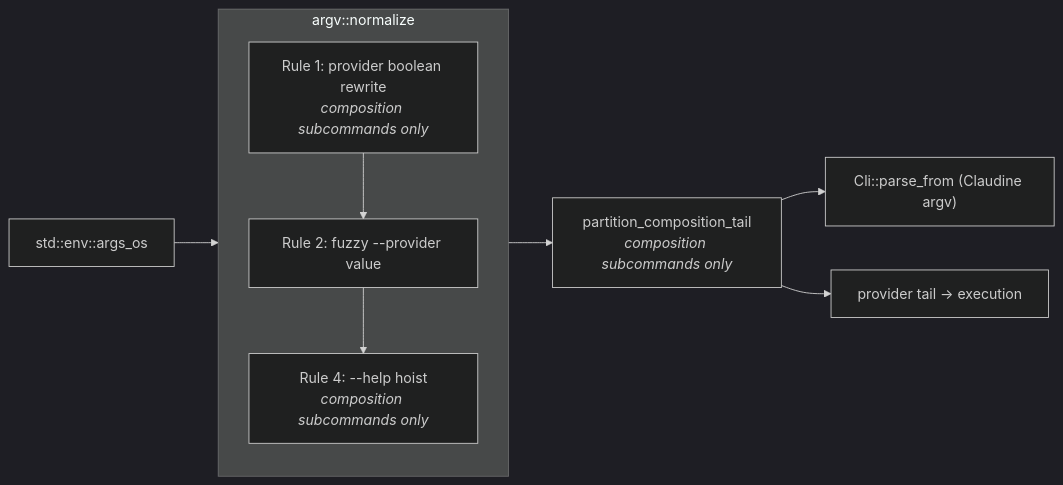
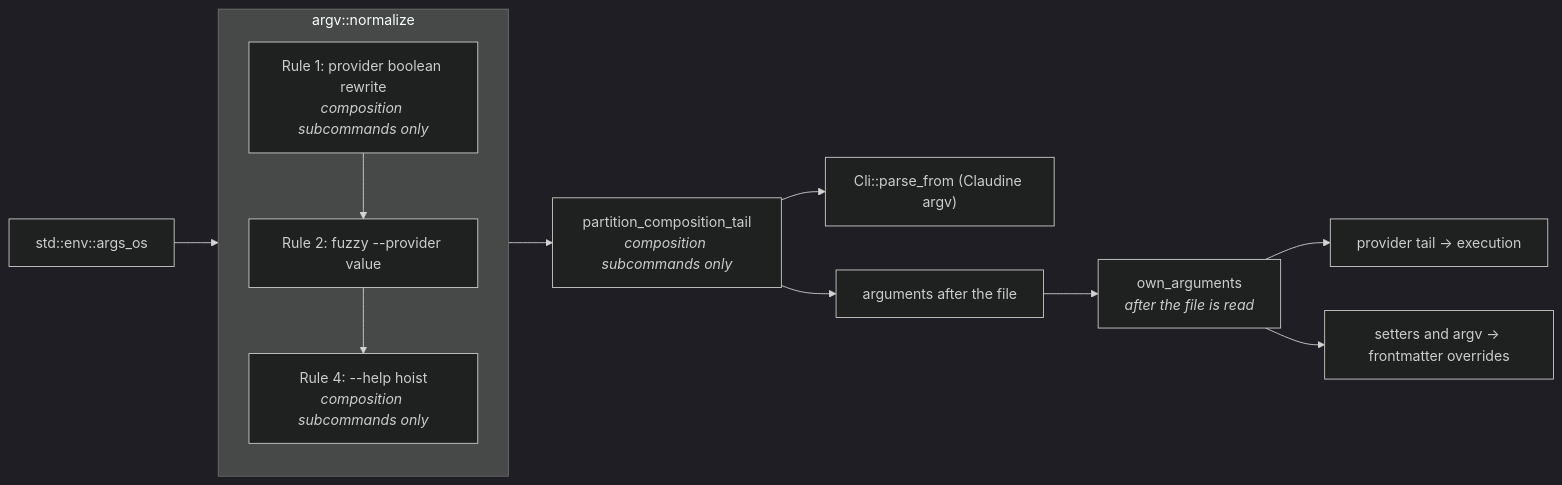
The first of 2 diagrams in claudine/docs/topics/argv-normalization.md (yankeeinlondon/rusty-biscuit), drawn with Mermaid (dark theme) before and after one commit. The commit also changed other lines of this file and 6 other files, not shown here.

````diff
--- a/claudine/docs/topics/argv-normalization.md
+++ b/claudine/docs/topics/argv-normalization.md
@@ -23,14 +23,17 @@
 ```mermaid
 flowchart LR
     A["std::env::args_os"] --> B["argv::normalize"]
     subgraph B["argv::normalize"]
         direction TB
         R1["Rule 1: provider boolean rewrite<br/><i>composition subcommands only</i>"]
         R2["Rule 2: fuzzy --provider value"]
         R4["Rule 4: --help hoist<br/><i>composition subcommands only</i>"]
         R1 --> R2 --> R4
     end
     B --> P["partition_composition_tail<br/><i>composition subcommands only</i>"]
     P --> C["Cli::parse_from (Claudine argv)"]
-    P --> T["provider tail → execution"]
+    P --> T["arguments after the file"]
+    T --> O["own_arguments<br/><i>after the file is read</i>"]
+    O --> TL["provider tail → execution"]
+    O --> ST["setters and argv → frontmatter overrides"]
 ```
````
